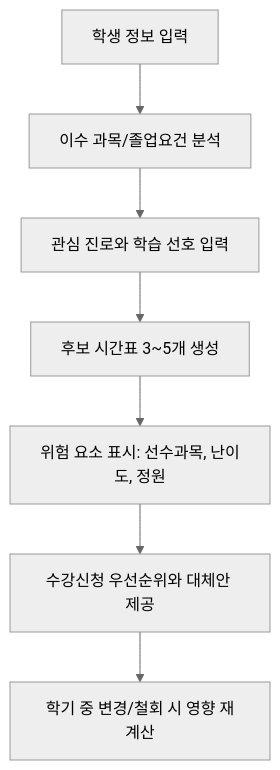
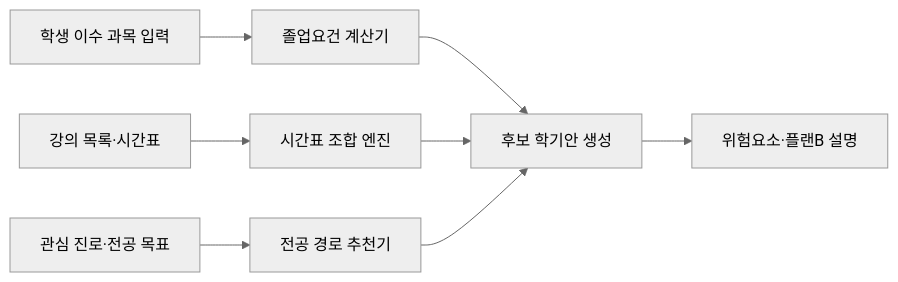
One commit to leeseungmin1013/sg-ai-contest-ideas changed the fourth of 9 diagrams in sg_ai_contest_ideas.md. Above: the diagram before and after it, drawn with Mermaid (neutral theme). The commit also changed other lines of this file and 2 other files, not shown here.

````diff
--- a/sg_ai_contest_ideas.md
+++ b/sg_ai_contest_ideas.md
@@ -228,9 +372,10 @@
 ```mermaid
-flowchart TD
-    A["학생 정보 입력"] --> B["이수 과목/졸업요건 분석"]
-    B --> C["관심 진로와 학습 선호 입력"]
-    C --> D["후보 시간표 3~5개 생성"]
-    D --> E["위험 요소 표시: 선수과목, 난이도, 정원"]
-    E --> F["수강신청 우선순위와 대체안 제공"]
-    F --> G["학기 중 변경/철회 시 영향 재계산"]
+flowchart LR
+    A["학생 이수 과목 입력"] --> B["졸업요건 계산기"]
+    C["강의 목록·시간표"] --> D["시간표 조합 엔진"]
+    E["관심 진로·전공 목표"] --> F["전공 경로 추천기"]
+    B --> G["후보 학기안 생성"]
+    D --> G
+    F --> G
+    G --> H["위험요소·플랜B 설명"]
 ```
````
